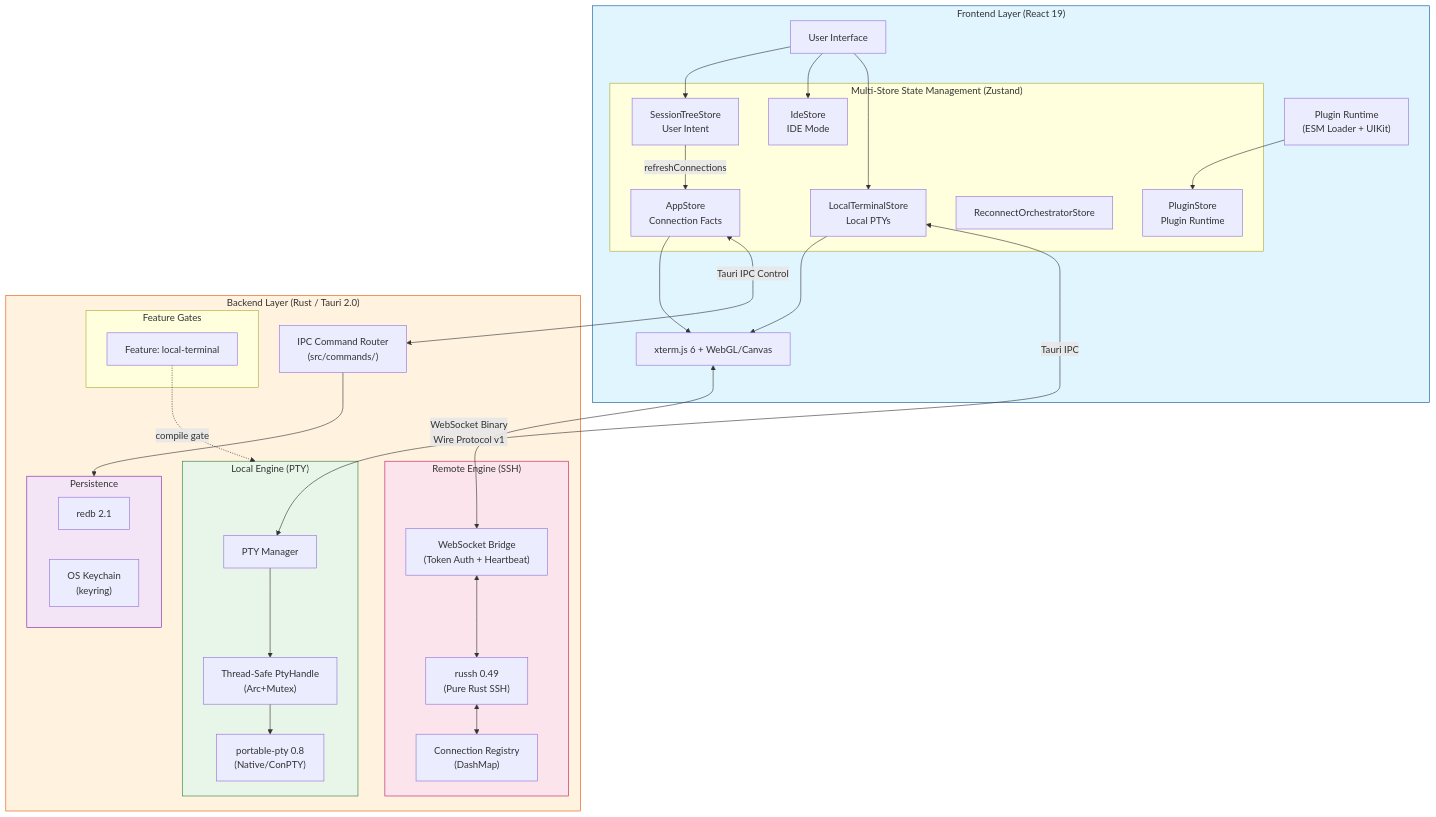
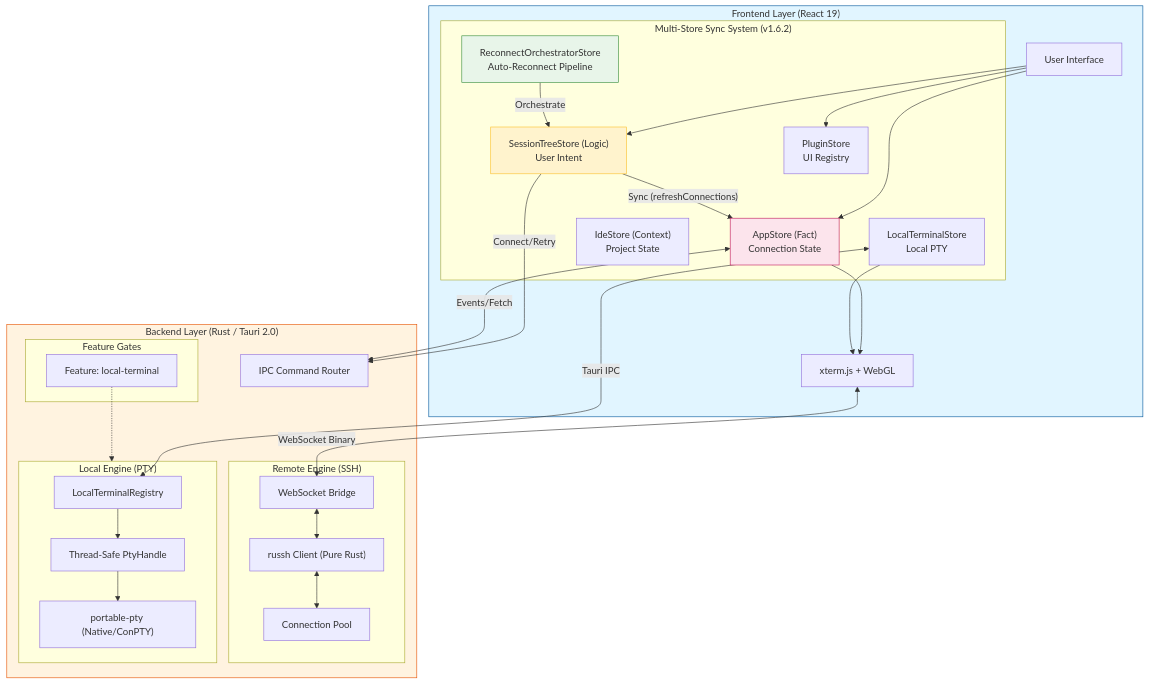
One commit to AnalyseDeCircuit/OxideTerm changed the diagram in README.md. Above: the diagram before and after it, drawn with Mermaid. The commit also changed 3 other files, not shown here.

````diff
--- a/README.md
+++ b/README.md
@@ -58,68 +58,64 @@
 ```mermaid
 flowchart TB
     subgraph Frontend ["Frontend Layer (React 19)"]
         UI[User Interface]
 
-        subgraph Stores ["Multi-Store State Management (Zustand)"]
-            TreeStore["SessionTreeStore<br/>User Intent"]
-            AppStore["AppStore<br/>Connection Facts"]
-            IdeStore["IdeStore<br/>IDE Mode"]
-            LocalStore["LocalTerminalStore<br/>Local PTYs"]
-            ReconnectStore["ReconnectOrchestratorStore"]
-            PluginStore["PluginStore<br/>Plugin Runtime"]
+        subgraph Stores ["Multi-Store Sync System (v1.6.2)"]
+            TreeStore["SessionTreeStore (Logic)<br/>User Intent"]
+            RemoteStore["AppStore (Fact)<br/>Connection State"]
+            IdeStore["IdeStore (Context)<br/>Project State"]
+            LocalStore["LocalTerminalStore<br/>Local PTY"]
+            ReconnectStore["ReconnectOrchestratorStore<br/>Auto-Reconnect Pipeline"]
+            PluginStore["PluginStore<br/>UI Registry"]
         end
 
-        Terminal["xterm.js 6 + WebGL/Canvas"]
-        PluginRT["Plugin Runtime<br/>(ESM Loader + UIKit)"]
+        Terminal["xterm.js + WebGL"]
 
         UI --> TreeStore
-        TreeStore -->|refreshConnections| AppStore
-        UI --> IdeStore
-        UI --> LocalStore
-        AppStore --> Terminal
+        UI --> RemoteStore
+        UI --> PluginStore
+
+        TreeStore -- "Sync (refreshConnections)" --> RemoteStore
+        RemoteStore --> Terminal
         LocalStore --> Terminal
-        PluginRT --> PluginStore
+        ReconnectStore -- "Orchestrate" --> TreeStore
     end
 
     subgraph Backend ["Backend Layer (Rust / Tauri 2.0)"]
-        Router["IPC Command Router<br/>(src/commands/)"]
+        Router["IPC Command Router"]
 
         subgraph Features ["Feature Gates"]
             LocalFeat["Feature: local-terminal"]
         end
 
         subgraph RemoteEngine ["Remote Engine (SSH)"]
-            WS["WebSocket Bridge<br/>(Token Auth + Heartbeat)"]
-            SSH["russh 0.49<br/>(Pure Rust SSH)"]
-            Pool["Connection Registry<br/>(DashMap)"]
+            WS["WebSocket Bridge"]
+            SSH["russh Client (Pure Rust)"]
+            Pool["Connection Pool"]
         end
 
         subgraph LocalEngine ["Local Engine (PTY)"]
-            PtyMgr["PTY Manager"]
-            PtyHandle["Thread-Safe PtyHandle<br/>(Arc+Mutex)"]
-            NativePTY["portable-pty 0.8<br/>(Native/ConPTY)"]
-        end
-
-        subgraph Storage ["Persistence"]
-            Redb["redb 2.1"]
-            Keychain["OS Keychain<br/>(keyring)"]
+            LocalReg["LocalTerminalRegistry"]
+            PtyHandle["Thread-Safe PtyHandle"]
+            NativePTY["portable-pty (Native/ConPTY)"]
         end
     end
 
     %% Data Flows
-    LocalStore <-->|Tauri IPC| PtyMgr
-    PtyMgr --> PtyHandle --> NativePTY
+    LocalStore <-->|Tauri IPC| LocalReg
+    LocalReg --> PtyHandle --> NativePTY
 
-    AppStore <-->|Tauri IPC Control| Router
-    Terminal <-->|WebSocket Binary<br/>Wire Protocol v1| WS
+    TreeStore -->|Connect/Retry| Router
+    RemoteStore <-->|Events/Fetch| Router
+
+    Terminal <-->|WebSocket Binary| WS
     WS <--> SSH <--> Pool
 
-    Router --> Storage
-    LocalFeat -.->|compile gate| LocalEngine
+    LocalFeat -.-> LocalEngine
 
     style Frontend fill:#e1f5ff,stroke:#01579b
     style Backend fill:#fff3e0,stroke:#e65100
-    style LocalEngine fill:#e8f5e9,stroke:#2e7d32
-    style RemoteEngine fill:#fce4ec,stroke:#c2185b
-    style Storage fill:#f3e5f5,stroke:#7b1fa2
+    style TreeStore fill:#fff3cd,stroke:#fbc02d
+    style RemoteStore fill:#fce4ec,stroke:#c2185b
+    style ReconnectStore fill:#e8f5e9,stroke:#388e3c
 ```
````
